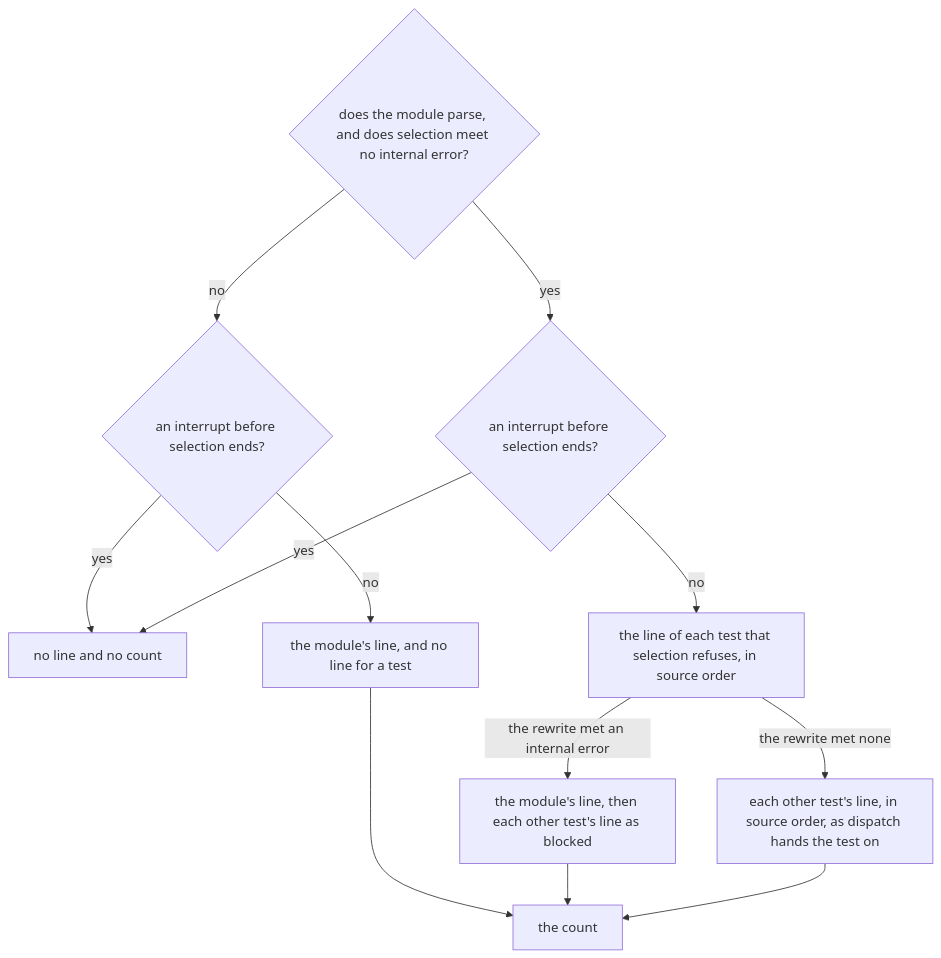
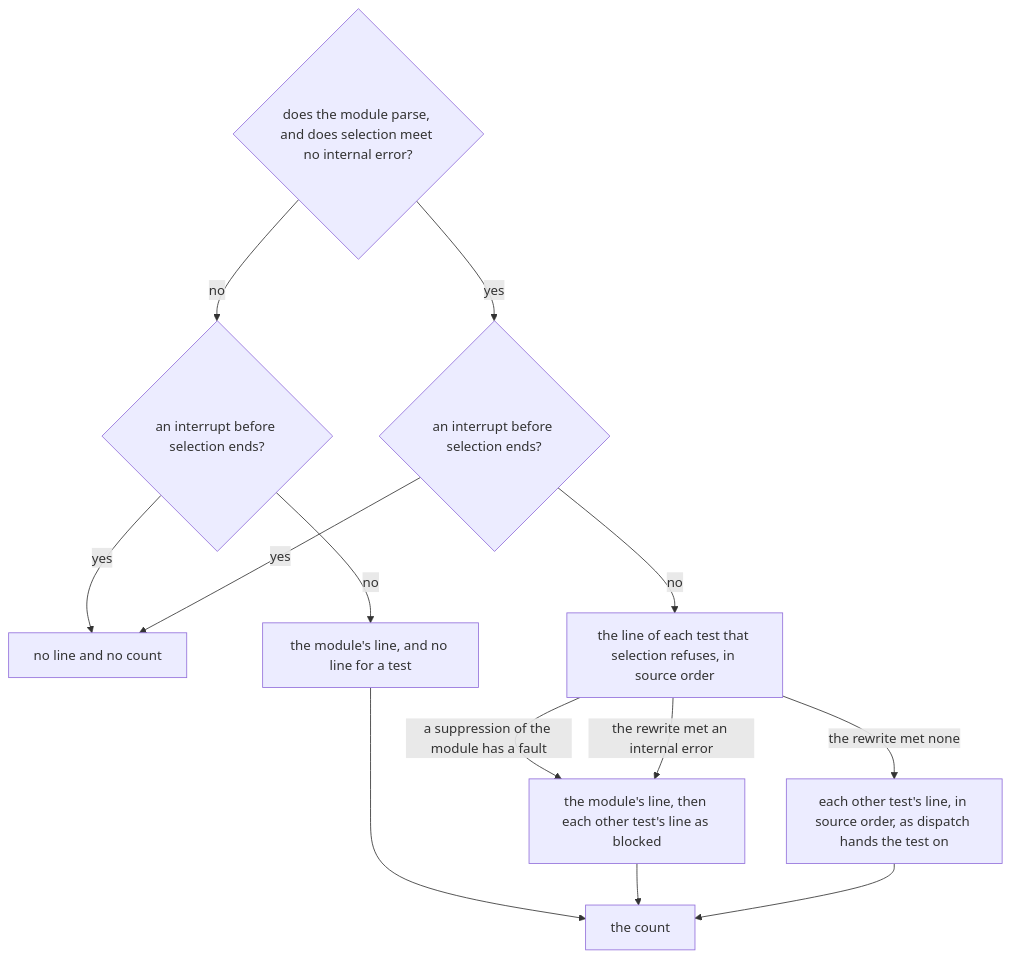
The diagram in docs/decisions/a-tester-runs-purba-on-one-module-and-reads-one-line-for-each-test.md (kalonji-tools/purba), drawn with Mermaid before and after one commit. The commit also changed other lines of this file and 14 other files, not shown here.

````diff
--- a/docs/decisions/a-tester-runs-purba-on-one-module-and-reads-one-line-for-each-test.md
+++ b/docs/decisions/a-tester-runs-purba-on-one-module-and-reads-one-line-for-each-test.md
@@ -45,15 +45,16 @@
   ```mermaid
   flowchart TD
     parse{"does the module parse, and does selection meet no internal error?"}
     parse -- no --> stopped{"an interrupt before selection ends?"}
     parse -- yes --> selected{"an interrupt before selection ends?"}
     stopped -- yes --> silent["no line and no count"]
     selected -- yes --> silent
     stopped -- no --> module["the module's line, and no line for a test"]
     selected -- no --> refused["the line of each test that selection refuses, in source order"]
+    refused -- "a suppression of the module has a fault" --> blocked
     refused -- "the rewrite met an internal error" --> blocked["the module's line, then each other test's line as blocked"]
     refused -- "the rewrite met none" --> others["each other test's line, in source order, as dispatch hands the test on"]
     module --> count["the count"]
     blocked --> count
     others --> count
   ```
````
